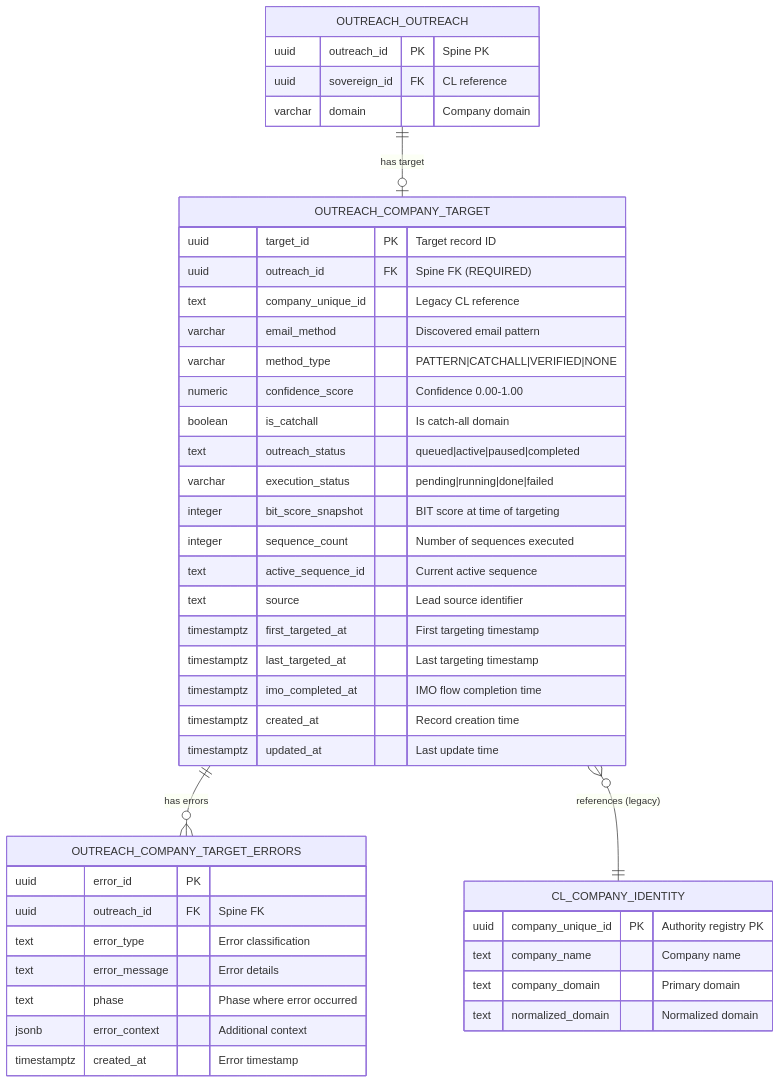
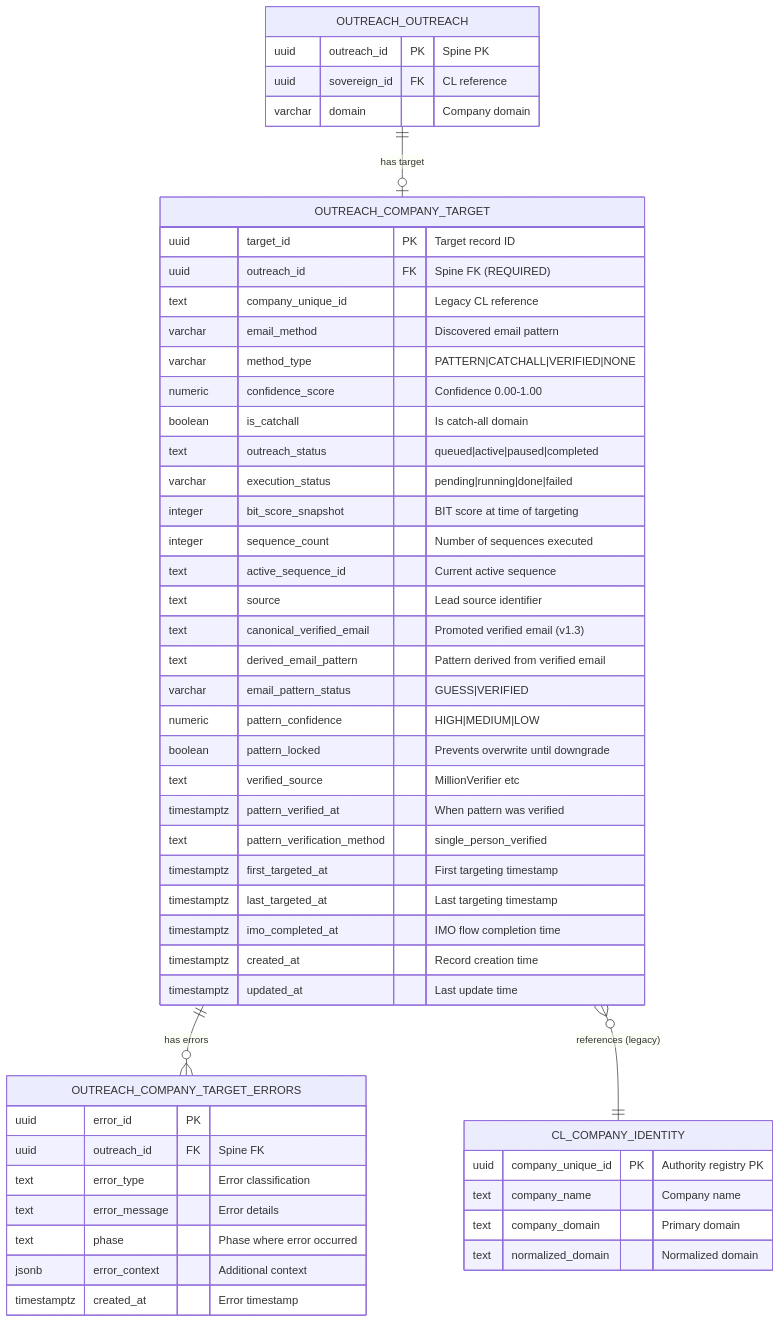
The diagram in docs/diagrams/erd/COMPANY_TARGET_SUBHUB.mmd (djb258/barton-outreach-core), drawn with Mermaid before and after one commit. The commit also changed 14 other files, not shown here.

```diff
--- a/docs/diagrams/erd/COMPANY_TARGET_SUBHUB.mmd
+++ b/docs/diagrams/erd/COMPANY_TARGET_SUBHUB.mmd
@@ -1,55 +1,63 @@
 %% COMPANY_TARGET_SUBHUB.mmd
 %% Company Target Sub-Hub (04.04.01)
 %% Source: Neon PostgreSQL outreach.company_target (queried 2026-01-28)
 %% Tables: 3 | Rows: 45,816 (91.4% have email_method)
 %% Purpose: Domain resolution, email pattern discovery
 %% Waterfall Position: #1 (PASS REQUIRED before DOL)
 
 erDiagram
     OUTREACH_OUTREACH ||--o| OUTREACH_COMPANY_TARGET : "has target"
     OUTREACH_COMPANY_TARGET ||--o{ OUTREACH_COMPANY_TARGET_ERRORS : "has errors"
     OUTREACH_COMPANY_TARGET }o--|| CL_COMPANY_IDENTITY : "references (legacy)"
 
     OUTREACH_OUTREACH {
         uuid outreach_id PK "Spine PK"
         uuid sovereign_id FK "CL reference"
         varchar domain "Company domain"
     }
 
     OUTREACH_COMPANY_TARGET {
         uuid target_id PK "Target record ID"
         uuid outreach_id FK "Spine FK (REQUIRED)"
         text company_unique_id "Legacy CL reference"
         varchar email_method "Discovered email pattern"
         varchar method_type "PATTERN|CATCHALL|VERIFIED|NONE"
         numeric confidence_score "Confidence 0.00-1.00"
         boolean is_catchall "Is catch-all domain"
         text outreach_status "queued|active|paused|completed"
         varchar execution_status "pending|running|done|failed"
         integer bit_score_snapshot "BIT score at time of targeting"
         integer sequence_count "Number of sequences executed"
         text active_sequence_id "Current active sequence"
         text source "Lead source identifier"
+        text canonical_verified_email "Promoted verified email (v1.3)"
+        text derived_email_pattern "Pattern derived from verified email"
+        varchar email_pattern_status "GUESS|VERIFIED"
+        numeric pattern_confidence "HIGH|MEDIUM|LOW"
+        boolean pattern_locked "Prevents overwrite until downgrade"
+        text verified_source "MillionVerifier etc"
+        timestamptz pattern_verified_at "When pattern was verified"
+        text pattern_verification_method "single_person_verified"
         timestamptz first_targeted_at "First targeting timestamp"
         timestamptz last_targeted_at "Last targeting timestamp"
         timestamptz imo_completed_at "IMO flow completion time"
         timestamptz created_at "Record creation time"
         timestamptz updated_at "Last update time"
     }
 
     OUTREACH_COMPANY_TARGET_ERRORS {
         uuid error_id PK
         uuid outreach_id FK "Spine FK"
         text error_type "Error classification"
         text error_message "Error details"
         text phase "Phase where error occurred"
         jsonb error_context "Additional context"
         timestamptz created_at "Error timestamp"
     }
 
     CL_COMPANY_IDENTITY {
         uuid company_unique_id PK "Authority registry PK"
         text company_name "Company name"
         text company_domain "Primary domain"
         text normalized_domain "Normalized domain"
     }
```
